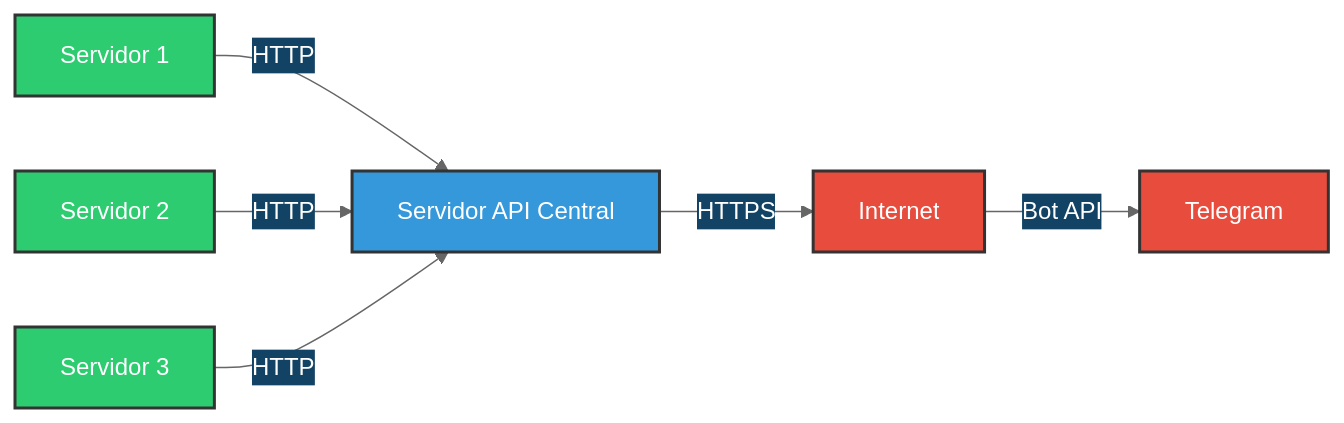
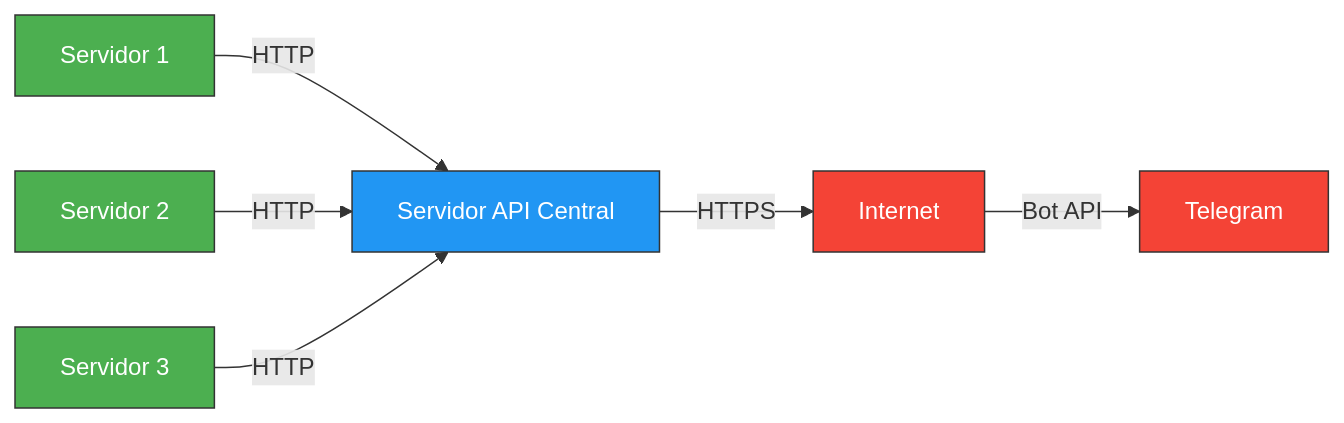
Before and after one commit to ssanchezhlg/bot_telegram_oficial: the diagram in README.md, drawn with Mermaid.

Commit message:
cambios readme

````diff
--- a/README.md
+++ b/README.md
@@ -42,38 +42,17 @@
 ```mermaid
-%%{
-  init: {
-    'theme': 'base',
-    'themeVariables': {
-      'darkMode': true,
-      'background': '#ffffff',
-      'primaryColor': '#2ecc71',
-      'primaryTextColor': '#fff',
-      'primaryBorderColor': '#333',
-      'lineColor': '#666',
-      'secondaryColor': '#3498db',
-      'tertiaryColor': '#e74c3c',
-      'dark': {
-        'background': '#252525',
-        'primaryColor': '#2ecc71',
-        'secondaryColor': '#3498db',
-        'tertiaryColor': '#e74c3c',
-        'primaryTextColor': '#fff',
-        'primaryBorderColor': '#fff'
-      }
-    }
-  }
-}%%
+%%{init: {'theme': 'default' }}%%
 graph LR
     A[Servidor 1] -->|HTTP| D[Servidor API Central]
     B[Servidor 2] -->|HTTP| D
     C[Servidor 3] -->|HTTP| D
     D -->|HTTPS| E[Internet]
     E -->|Bot API| F[Telegram]
 
-    classDef default fill:#2ecc71,stroke:#333,stroke-width:2px,color:white;
-    classDef api fill:#3498db,stroke:#333,stroke-width:2px,color:white;
-    classDef external fill:#e74c3c,stroke:#333,stroke-width:2px,color:white;
+    classDef servidor fill:#4CAF50,stroke:#333,color:white;
+    classDef api fill:#2196F3,stroke:#333,color:white;
+    classDef externo fill:#F44336,stroke:#333,color:white;
     
+    class A,B,C servidor;
     class D api;
-    class E,F external;
+    class E,F externo;
 ```
````
